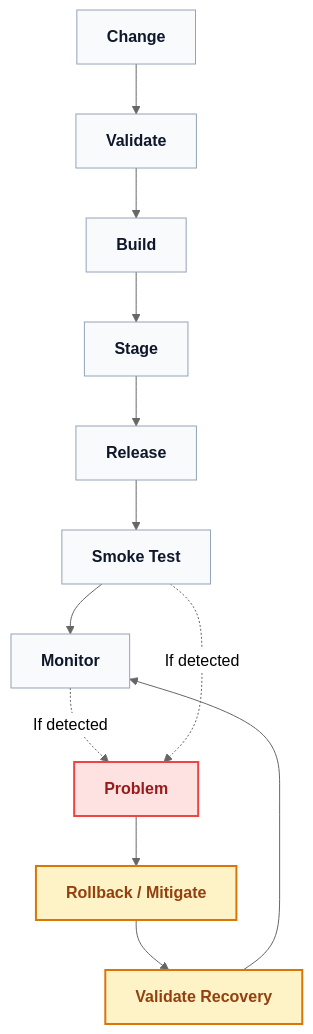
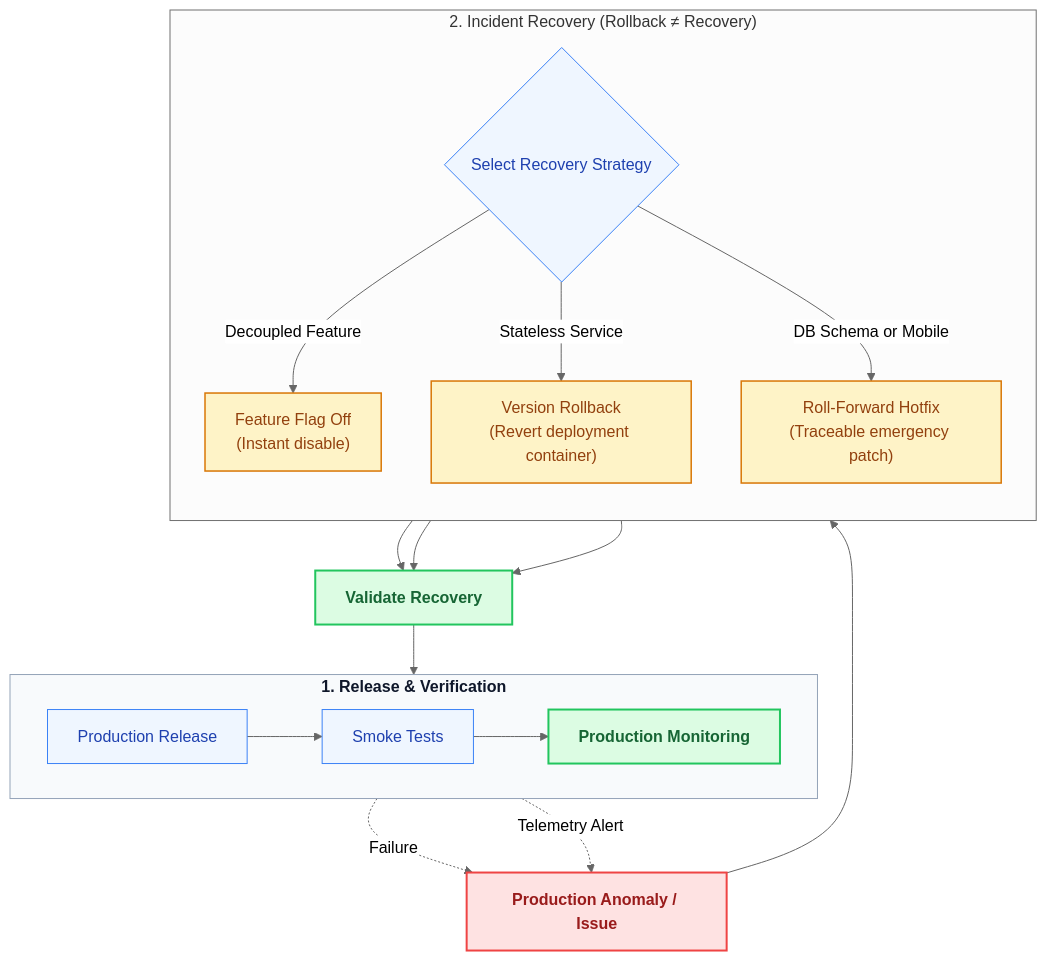
One commit to davidalbertstark-lab/Lenar changed the fourth of 4 diagrams in docs/architecture/16-Development-Release.md. Above: the diagram before and after it, drawn with Mermaid (neutral theme). The commit also changed other lines of this file and 28 other files, not shown here.

Commit message:
docs: system-wide diagram redesign for first-instance comprehension

````diff
--- a/docs/architecture/16-Development-Release.md
+++ b/docs/architecture/16-Development-Release.md
@@ -186,36 +184,37 @@
 ```mermaid
 flowchart TD
-    classDef step fill:#f8fafc,stroke:#94a3b8,stroke-width:1px,color:#0f172a,font-weight:bold
-    classDef issue fill:#fee2e2,stroke:#ef4444,stroke-width:2px,color:#991b1b,font-weight:bold
-    classDef recovery fill:#fef3c7,stroke:#d97706,stroke-width:2px,color:#92400e,font-weight:bold
+    classDef normal fill:#f8fafc,stroke:#94a3b8,stroke-width:1px,color:#0f172a,font-weight:bold
+    classDef step fill:#eff6ff,stroke:#3b82f6,stroke-width:1px,color:#1e40af
+    classDef alert fill:#fee2e2,stroke:#ef4444,stroke-width:2px,color:#991b1b,font-weight:bold
+    classDef decision fill:#eff6ff,stroke:#3b82f6,stroke-width:1px,color:#1e40af
+    classDef action fill:#fef3c7,stroke:#d97706,stroke-width:1.5px,color:#92400e
+    classDef resolved fill:#dcfce3,stroke:#22c55e,stroke-width:2px,color:#166534,font-weight:bold
 
-    C[Change]
-    V[Validate]
-    B[Build]
-    S[Stage]
-    R[Release]
-    ST[Smoke Test]
-    M[Monitor]
+    subgraph NormalOps ["1. Release & Verification"]
+        direction LR
+        REL["Production Release"] --> SMOKE["Smoke Tests"]
+        SMOKE --> MON["Production Monitoring"]
+    end
 
-    P[Problem]
-    RM[Rollback / Mitigate]
-    V2[Validate Recovery]
+    SMOKE -.->|"Failure"| INC["Production Anomaly / Issue"]:::alert
+    MON -.->|"Telemetry Alert"| INC
 
-    C --> V
-    V --> B
-    B --> S
-    S --> R
-    R --> ST
-    ST --> M
+    subgraph RecoveryPath ["2. Incident Recovery (Rollback ≠ Recovery)"]
+        direction TB
+        DEC{"Select Recovery Strategy"}:::decision
+        
+        DEC -->|"Decoupled Feature"| FF["Feature Flag Off<br/>(Instant disable)"]:::action
+        DEC -->|"Stateless Service"| RB["Version Rollback<br/>(Revert deployment container)"]:::action
+        DEC -->|"DB Schema or Mobile"| RF["Roll-Forward Hotfix<br/>(Traceable emergency patch)"]:::action
+    end
 
-    M -.->|If detected| P
-    ST -.->|If detected| P
-    
-    P --> RM
-    RM --> V2
-    V2 --> M
+    INC --> DEC
+    FF --> VAL["Validate Recovery"]:::resolved
+    RB --> VAL
+    RF --> VAL
+    VAL --> MON
 
-    class C,V,B,S,R,ST,M step;
-    class P issue;
-    class RM,V2 recovery;
+    class NormalOps normal;
+    class REL,SMOKE step;
+    class MON resolved;
 ```
````
